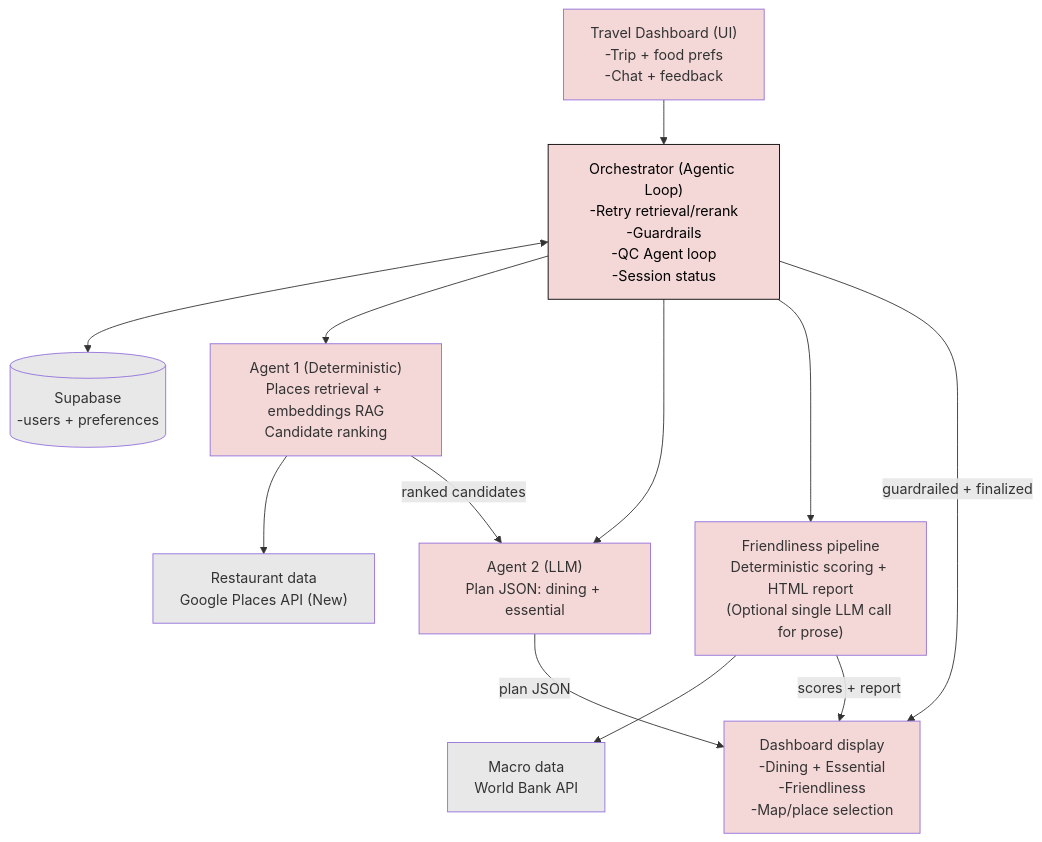
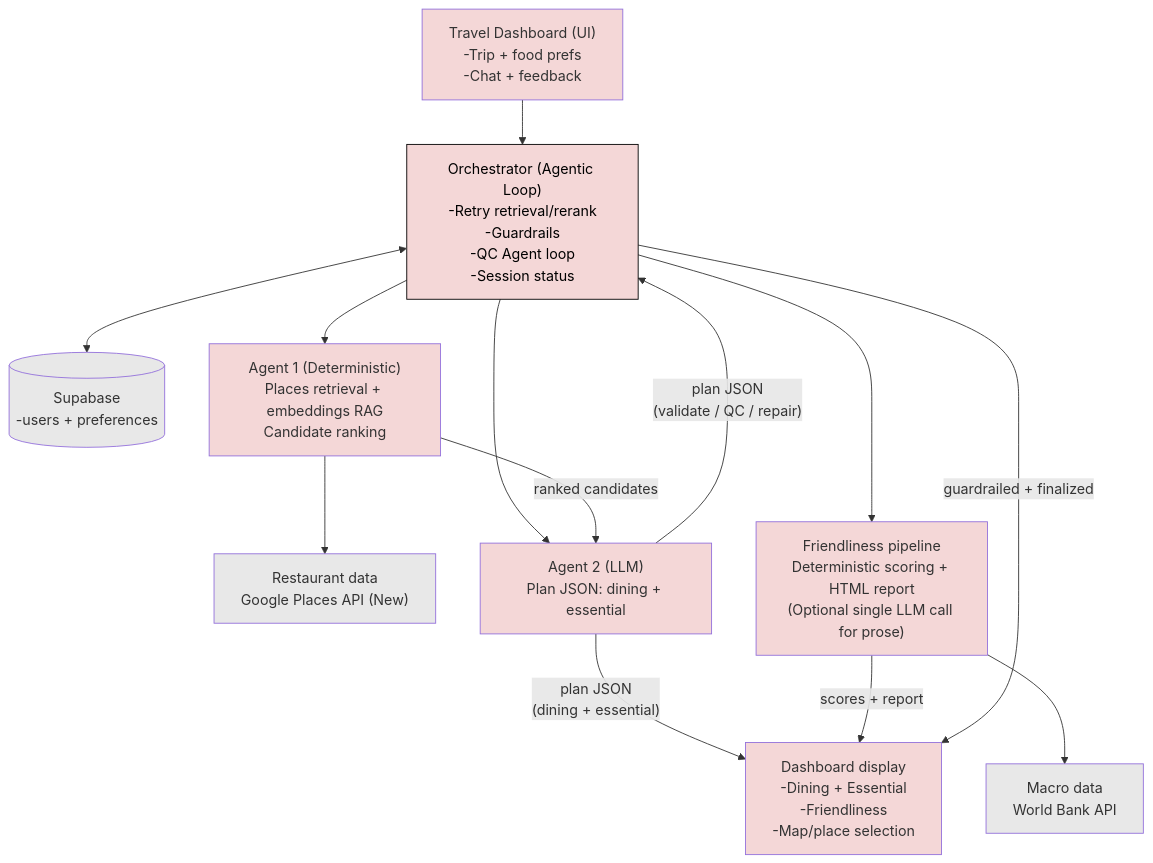
One commit to JanHsuanChu/TravelDashboard changed the diagram in README.md. Above: the diagram before and after it, drawn with Mermaid. The commit also changed other lines of this file and 1 other file, not shown here.

Commit message:
update process diagram

````diff
--- a/README.md
+++ b/README.md
@@ -109,46 +109,47 @@
 ```mermaid
 ---
 config:
   layout: dagre
 ---
 flowchart TB
     Dashboard["Travel Dashboard (UI)\n-Trip + food prefs\n-Chat + feedback"]
     Supabase[("Supabase\n-users + preferences")]
     Orchestrator["Orchestrator (Agentic Loop)\n-Retry retrieval/rerank\n-Guardrails\n-QC Agent loop\n-Session status"]
 
     RestaurantData["Restaurant data\nGoogle Places API (New)"]
     Agent1["Agent 1 (Deterministic)\nPlaces retrieval + embeddings RAG\nCandidate ranking"]
     Agent2["Agent 2 (LLM)\nPlan JSON: dining + essential"]
 
     MacroData["Macro data\nWorld Bank API"]
     FriendlinessPipe["Friendliness pipeline\nDeterministic scoring + HTML report\n(Optional single LLM call for prose)"]
 
     Output["Dashboard display\n-Dining + Essential\n-Friendliness\n-Map/place selection"]
 
     Dashboard --> Orchestrator
     Orchestrator <--> Supabase
 
     Orchestrator --> Agent1
     Agent1 --> RestaurantData
 
     Orchestrator --> Agent2
     Agent1 -->|"ranked candidates"| Agent2
+    Agent2 -->|"plan JSON\n(validate / QC / repair)"| Orchestrator
 
     Orchestrator --> FriendlinessPipe
     FriendlinessPipe --> MacroData
 
-    Agent2 -->|"plan JSON"| Output
+    Agent2 -->|"plan JSON\n(dining + essential)"| Output
     FriendlinessPipe -->|"scores + report"| Output
     Orchestrator -->|"guardrailed + finalized"| Output
 
     classDef Rose stroke-width:1px, stroke-dasharray:none, stroke:#FF5978, fill:#FFDFE5, color:#8E2236
     style Dashboard fill:#f4d7d7
     style Supabase fill:#e8e8e8
     style Orchestrator stroke:#000000,color:#000000,fill:#f4d7d7
     style RestaurantData fill:#e8e8e8
     style Agent1 fill:#f4d7d7
     style Agent2 fill:#f4d7d7
     style MacroData fill:#e8e8e8
     style FriendlinessPipe fill:#f4d7d7
     style Output fill:#f4d7d7
 ```
````
